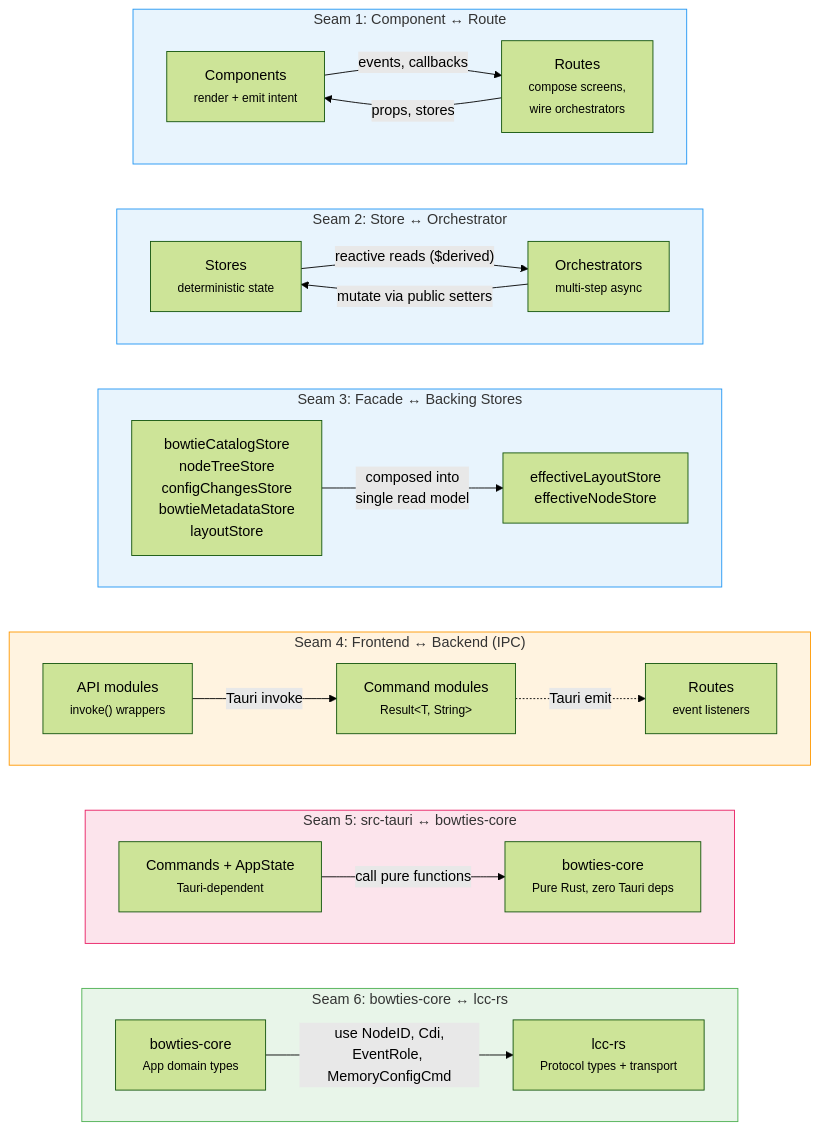
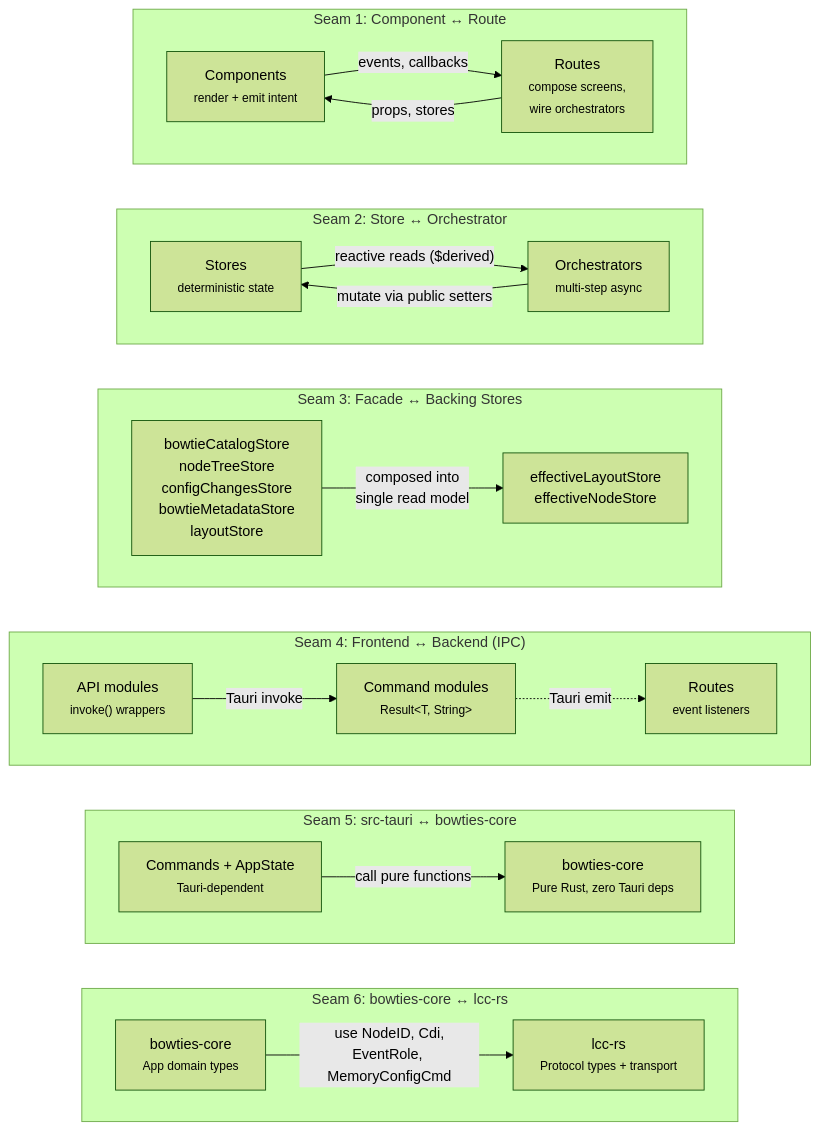
One commit to JohnSL/Bowties changed the second of 4 diagrams in aiwiki/architecture-diagrams.md. Above: the diagram before and after it, drawn with Mermaid (forest theme). The commit also changed other lines of this file and 3 other files, not shown here.

````diff
--- a/aiwiki/architecture-diagrams.md
+++ b/aiwiki/architecture-diagrams.md
@@ -124,60 +154,53 @@
 ```mermaid
 graph TB
     subgraph S1 ["Seam 1: Component ↔ Route"]
         direction LR
         S1L["Components<br/><small>render + emit intent</small>"]
         S1R["Routes<br/><small>compose screens,<br/>wire orchestrators</small>"]
         S1L -->|"events, callbacks"| S1R
         S1R -->|"props, stores"| S1L
     end
 
     subgraph S2 ["Seam 2: Store ↔ Orchestrator"]
         direction LR
         S2L["Stores<br/><small>deterministic state</small>"]
         S2R["Orchestrators<br/><small>multi-step async</small>"]
         S2R -->|"mutate via public setters"| S2L
         S2L -->|"reactive reads ($derived)"| S2R
     end
 
     subgraph S3 ["Seam 3: Facade ↔ Backing Stores"]
         direction LR
         S3L["effectiveLayoutStore<br/>effectiveNodeStore"]
         S3R["bowtieCatalogStore<br/>nodeTreeStore<br/>configChangesStore<br/>bowtieMetadataStore<br/>layoutStore"]
         S3R -->|"composed into<br/>single read model"| S3L
     end
 
     subgraph S4 ["Seam 4: Frontend ↔ Backend (IPC)"]
         direction LR
         S4L["API modules<br/><small>invoke() wrappers</small>"]
         S4R["Command modules<br/><small>Result&lt;T, String&gt;</small>"]
         S4L -->|"Tauri invoke"| S4R
         S4R -.->|"Tauri emit"| S4E["Routes<br/><small>event listeners</small>"]
     end
 
     subgraph S5 ["Seam 5: src-tauri ↔ bowties-core"]
         direction LR
         S5L["Commands + AppState<br/><small>Tauri-dependent</small>"]
         S5R["bowties-core<br/><small>Pure Rust, zero Tauri deps</small>"]
         S5L -->|"call pure functions"| S5R
     end
 
     subgraph S6 ["Seam 6: bowties-core ↔ lcc-rs"]
         direction LR
         S6L["bowties-core<br/><small>App domain types</small>"]
         S6R["lcc-rs<br/><small>Protocol types + transport</small>"]
         S6L -->|"use NodeID, Cdi,<br/>EventRole, MemoryConfigCmd"| S6R
     end
 
     S1 ~~~ S2
     S2 ~~~ S3
     S3 ~~~ S4
     S4 ~~~ S5
     S5 ~~~ S6
-
-    style S1 fill:#e8f4fd,stroke:#2196F3
-    style S2 fill:#e8f4fd,stroke:#2196F3
-    style S3 fill:#e8f4fd,stroke:#2196F3
-    style S4 fill:#fff3e0,stroke:#FF9800
-    style S5 fill:#fce4ec,stroke:#E91E63
-    style S6 fill:#e8f5e9,stroke:#4CAF50
 ```
````
